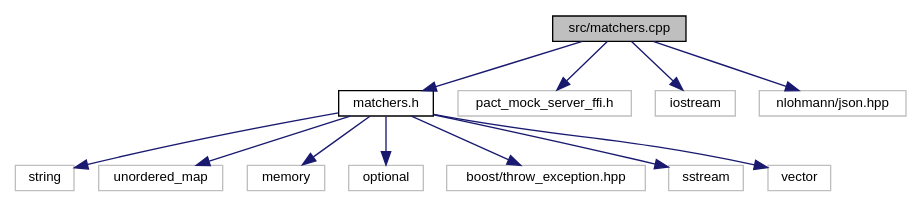
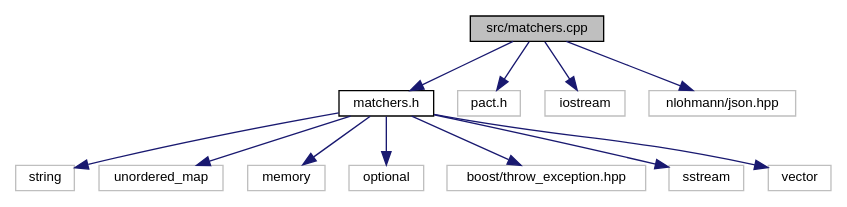
Before and after one commit to pact-foundation/docs.pact.io: the diagram in website/static/cpp_docs/consumer/matchers_8cpp__incl.dot, drawn with Graphviz. The commit also changed 248 other files, not shown here.

```diff
--- a/website/static/cpp_docs/consumer/matchers_8cpp__incl.dot
+++ b/website/static/cpp_docs/consumer/matchers_8cpp__incl.dot
@@ -1,29 +1,29 @@
 digraph "src/matchers.cpp"
 {
  // LATEX_PDF_SIZE
   edge [fontname="Helvetica",fontsize="10",labelfontname="Helvetica",labelfontsize="10"];
   node [fontname="Helvetica",fontsize="10",shape=record];
   Node1 [label="src/matchers.cpp",height=0.2,width=0.4,color="black", fillcolor="grey75", style="filled", fontcolor="black",tooltip=" "];
   Node1 -> Node2 [color="midnightblue",fontsize="10",style="solid",fontname="Helvetica"];
   Node2 [label="matchers.h",height=0.2,width=0.4,color="black", fillcolor="white", style="filled",URL="$matchers_8h.html",tooltip=" "];
   Node2 -> Node3 [color="midnightblue",fontsize="10",style="solid",fontname="Helvetica"];
   Node3 [label="string",height=0.2,width=0.4,color="grey75", fillcolor="white", style="filled",tooltip=" "];
   Node2 -> Node4 [color="midnightblue",fontsize="10",style="solid",fontname="Helvetica"];
   Node4 [label="unordered_map",height=0.2,width=0.4,color="grey75", fillcolor="white", style="filled",tooltip=" "];
   Node2 -> Node5 [color="midnightblue",fontsize="10",style="solid",fontname="Helvetica"];
   Node5 [label="memory",height=0.2,width=0.4,color="grey75", fillcolor="white", style="filled",tooltip=" "];
   Node2 -> Node6 [color="midnightblue",fontsize="10",style="solid",fontname="Helvetica"];
   Node6 [label="optional",height=0.2,width=0.4,color="grey75", fillcolor="white", style="filled",tooltip=" "];
   Node2 -> Node7 [color="midnightblue",fontsize="10",style="solid",fontname="Helvetica"];
   Node7 [label="boost/throw_exception.hpp",height=0.2,width=0.4,color="grey75", fillcolor="white", style="filled",tooltip=" "];
   Node2 -> Node8 [color="midnightblue",fontsize="10",style="solid",fontname="Helvetica"];
   Node8 [label="sstream",height=0.2,width=0.4,color="grey75", fillcolor="white", style="filled",tooltip=" "];
   Node2 -> Node9 [color="midnightblue",fontsize="10",style="solid",fontname="Helvetica"];
   Node9 [label="vector",height=0.2,width=0.4,color="grey75", fillcolor="white", style="filled",tooltip=" "];
   Node1 -> Node10 [color="midnightblue",fontsize="10",style="solid",fontname="Helvetica"];
-  Node10 [label="pact_mock_server_ffi.h",height=0.2,width=0.4,color="grey75", fillcolor="white", style="filled",tooltip=" "];
+  Node10 [label="pact.h",height=0.2,width=0.4,color="grey75", fillcolor="white", style="filled",tooltip=" "];
   Node1 -> Node11 [color="midnightblue",fontsize="10",style="solid",fontname="Helvetica"];
   Node11 [label="iostream",height=0.2,width=0.4,color="grey75", fillcolor="white", style="filled",tooltip=" "];
   Node1 -> Node12 [color="midnightblue",fontsize="10",style="solid",fontname="Helvetica"];
   Node12 [label="nlohmann/json.hpp",height=0.2,width=0.4,color="grey75", fillcolor="white", style="filled",tooltip=" "];
 }
```
